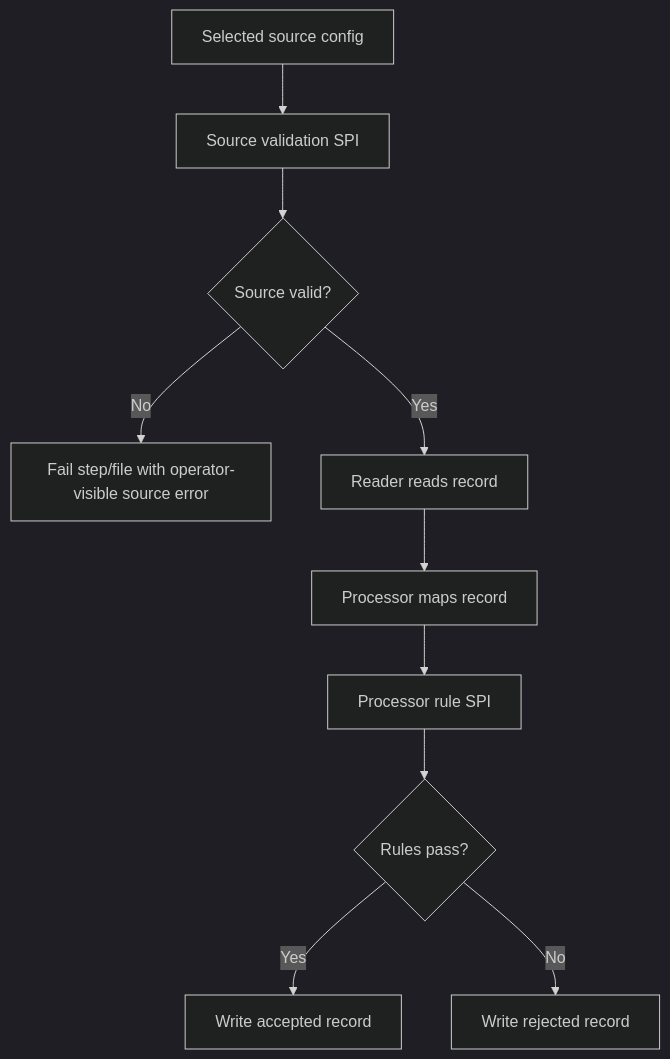
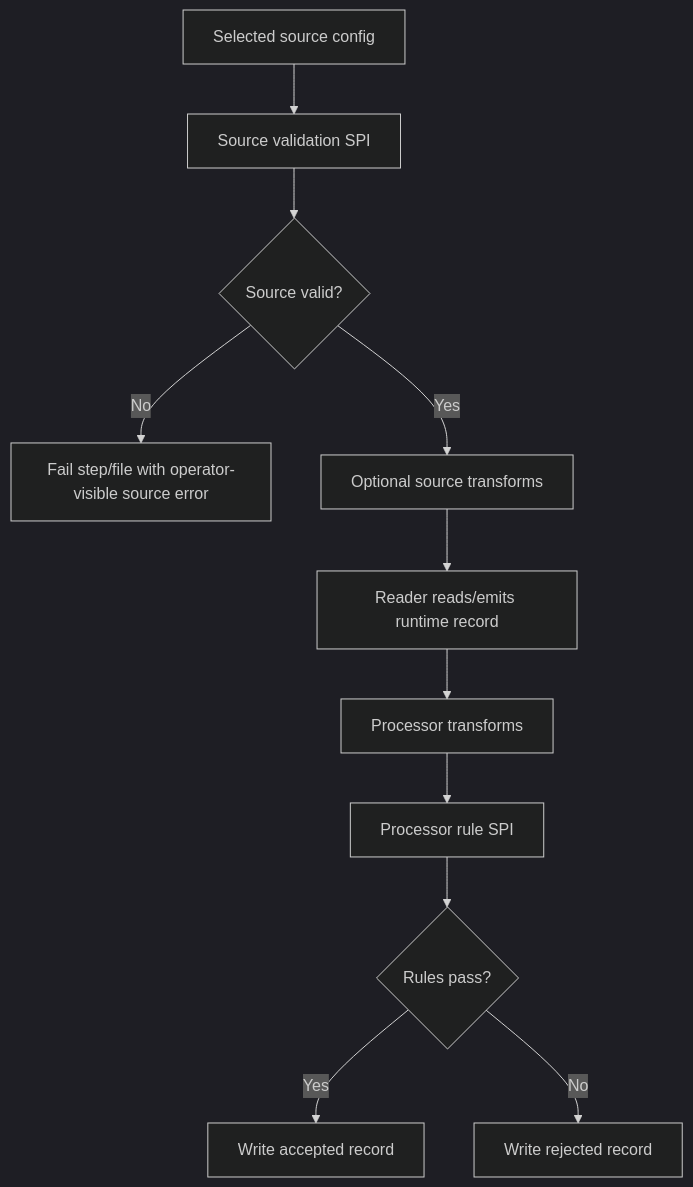
The diagram in docs/architecture/validation-extension-architecture.md (kbalanandam/spring-etl-engine), drawn with Mermaid (dark theme) before and after one commit. The commit also changed other lines of this file and 12 other files, not shown here.

Commit message:
docs: freeze processor transform requirements and architecture

````diff
--- a/docs/architecture/validation-extension-architecture.md
+++ b/docs/architecture/validation-extension-architecture.md
@@ -220,12 +255,13 @@
 ```mermaid
 flowchart TD
     A[Selected source config] --> B[Source validation SPI]
     B --> C{Source valid?}
     C -- No --> D[Fail step/file with operator-visible source error]
-    C -- Yes --> E[Reader reads record]
-    E --> F[Processor maps record]
-    F --> G[Processor rule SPI]
-    G --> H{Rules pass?}
-    H -- Yes --> I[Write accepted record]
-    H -- No --> J[Write rejected record]
+    C -- Yes --> E[Optional source transforms]
+    E --> F[Reader reads/emits runtime record]
+    F --> G[Processor transforms]
+    G --> H[Processor rule SPI]
+    H --> I{Rules pass?}
+    I -- Yes --> J[Write accepted record]
+    I -- No --> K[Write rejected record]
 ```
````
